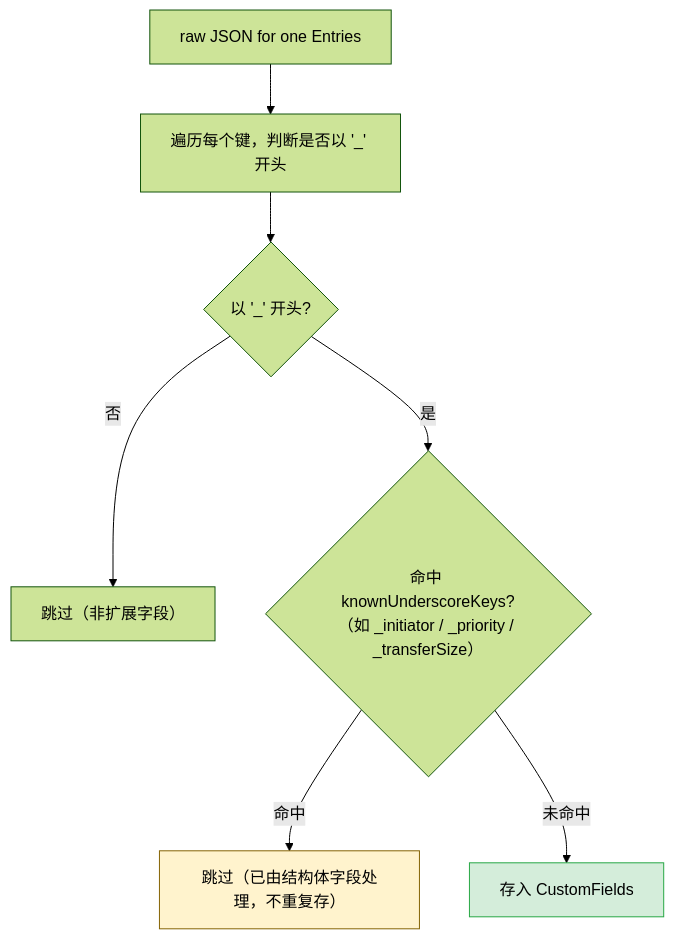
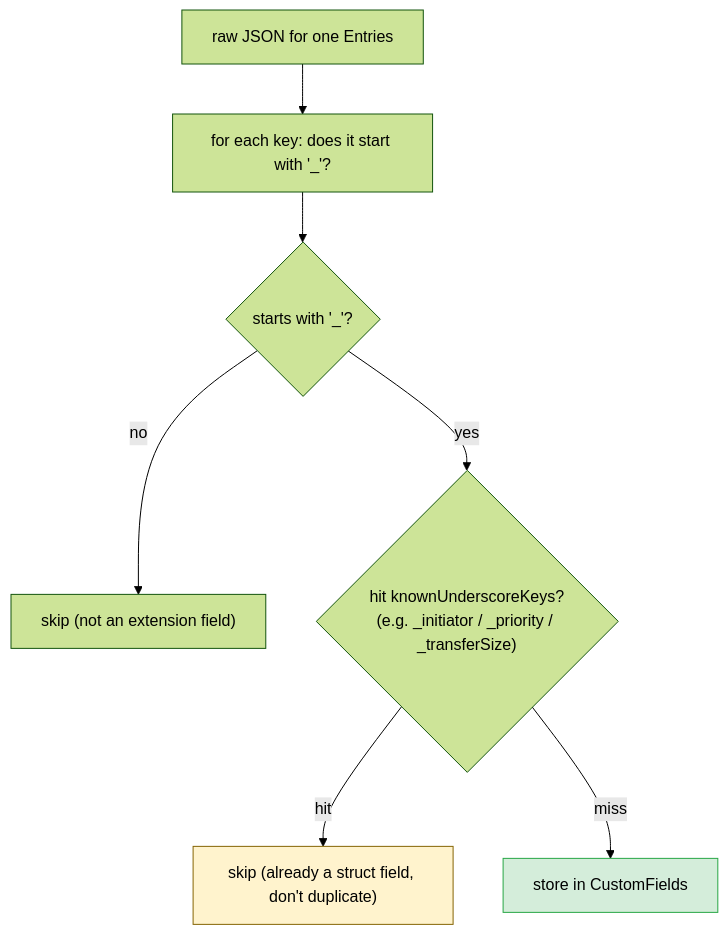
Before and after one commit to hitechcloud-vietnam/har-skills: the third of 4 diagrams in website/zh/internals/custom-fields.md, drawn with Mermaid (forest theme). The commit also changed other lines of this file and 97 other files, not shown here.

````diff
--- a/website/zh/internals/custom-fields.md
+++ b/website/zh/internals/custom-fields.md
@@ -141,11 +143,11 @@
 ```mermaid
 flowchart TD
-  RAW["raw JSON for one Entries"] --> LOOP["遍历每个键，判断是否以 '_' 开头"]
-  LOOP --> Q1{"以 '_' 开头?"}
-  Q1 -->|"否"| SKIP1["跳过（非扩展字段）"]
-  Q1 -->|"是"| Q2{"命中 knownUnderscoreKeys?<br/>（如 _initiator / _priority / _transferSize）"}
-  Q2 -->|"命中"| SKIP2["跳过（已由结构体字段处理，不重复存）"]:::warn
-  Q2 -->|"未命中"| STORE["存入 CustomFields"]:::ok
+  RAW["raw JSON for one Entries"] --> LOOP["for each key: does it start with '_'?"]
+  LOOP --> Q1{"starts with '_'?"}
+  Q1 -->|"no"| SKIP1["skip (not an extension field)"]
+  Q1 -->|"yes"| Q2{"hit knownUnderscoreKeys?<br/>(e.g. _initiator / _priority / _transferSize)"}
+  Q2 -->|"hit"| SKIP2["skip (already a struct field, don't duplicate)"]:::warn
+  Q2 -->|"miss"| STORE["store in CustomFields"]:::ok
   classDef ok fill:#d4edda,stroke:#28a745
   classDef warn fill:#fff3cd,stroke:#856404
 ```
````
